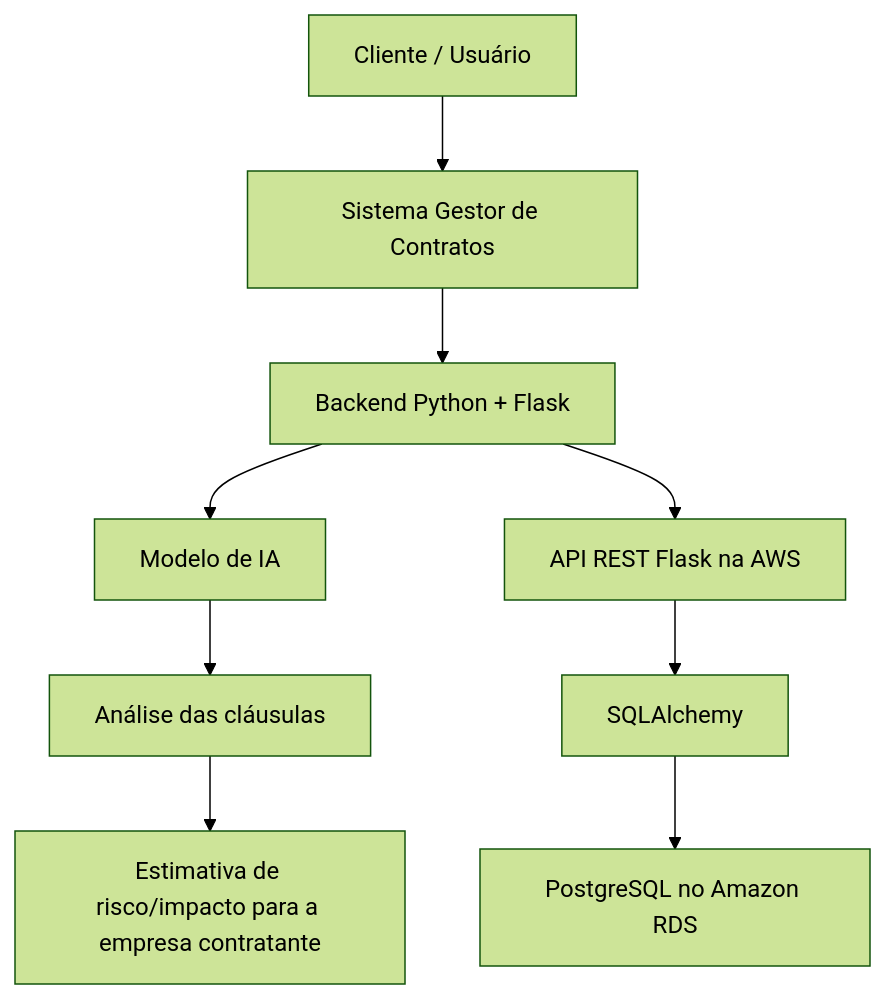
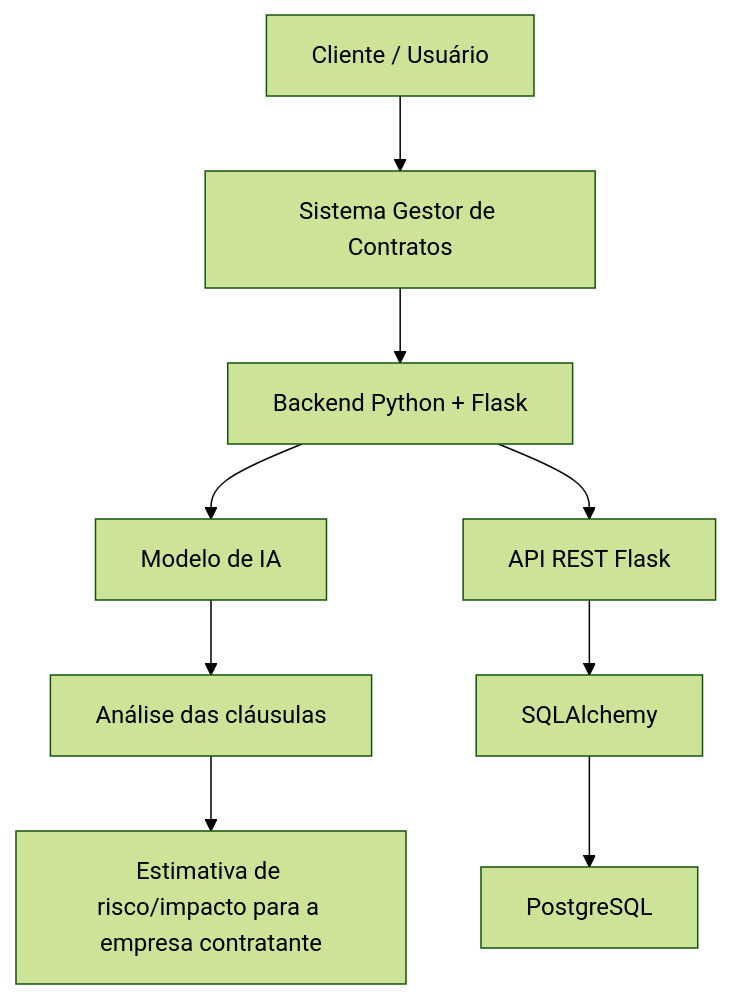
The diagram in README.md (Omega-Fiap/cp2-gestao-contratos), drawn with Mermaid (forest theme) before and after one commit. The commit also changed other lines of this file and 32 other files, not shown here.

````diff
--- a/README.md
+++ b/README.md
@@ -141,11 +171,11 @@
 ```mermaid
 flowchart TD
     A[Cliente / Usuário] --> B[Sistema Gestor de Contratos]
     B --> C[Backend Python + Flask]
     C --> D[Modelo de IA]
     D --> E[Análise das cláusulas]
     E --> F[Estimativa de risco/impacto para a empresa contratante]
-    C --> G[API REST Flask na AWS]
+    C --> G[API REST Flask]
     G --> H[SQLAlchemy]
-    H --> I[PostgreSQL no Amazon RDS]
+    H --> I[PostgreSQL]
 ```
````
